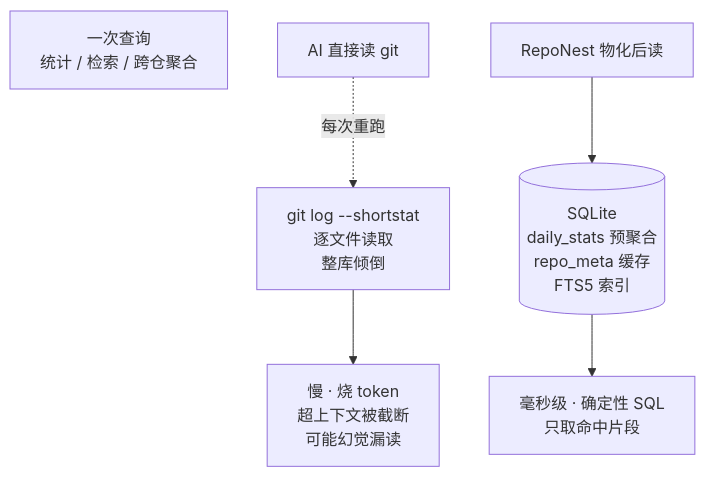
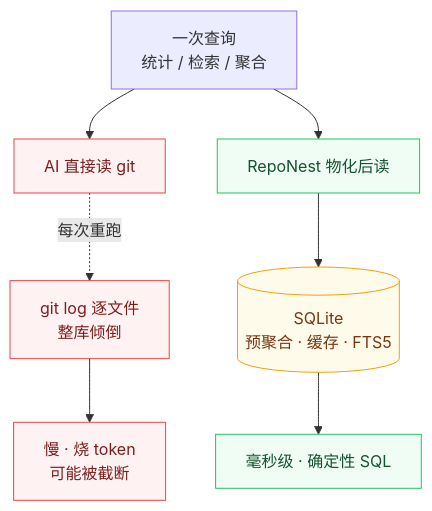
Before and after one commit to sky-jiangcheng/RepoNest: the diagram in docs/storage-optimization.md, drawn with Mermaid. The commit also changed 14 other files, not shown here.

First line of the commit message:
docs(diagrams): 全站 mermaid 图重构 — 告别'宽扁香肠'布局

````diff
--- a/docs/storage-optimization.md
+++ b/docs/storage-optimization.md
@@ -33,8 +33,16 @@
 ```mermaid
 flowchart TB
-    Q["一次查询<br/>统计 / 检索 / 跨仓聚合"]
-    G1["AI 直接读 git"] -. 每次重跑 .-> GL["git log --shortstat<br/>逐文件读取<br/>整库倾倒"]
-    G2["RepoNest 物化后读"] --> MAT[("SQLite<br/>daily_stats 预聚合<br/>repo_meta 缓存<br/>FTS5 索引")]
-    GL --> R1["慢 · 烧 token<br/>超上下文被截断<br/>可能幻觉漏读"]
-    MAT --> R2["毫秒级 · 确定性 SQL<br/>只取命中片段"]
+    Q["一次查询<br/>统计 / 检索 / 聚合"]
+    Q --> G1["AI 直接读 git"]
+    Q --> G2["RepoNest 物化后读"]
+    G1 -.->|"每次重跑"| GL["git log 逐文件<br/>整库倾倒"]
+    GL --> R1["慢 · 烧 token<br/>可能被截断"]
+    G2 --> MAT[("SQLite<br/>预聚合 · 缓存 · FTS5")]
+    MAT --> R2["毫秒级 · 确定性 SQL"]
+    classDef store fill:#fffbeb,stroke:#f59e0b,color:#78350f
+    classDef good fill:#f0fdf4,stroke:#22c55e,color:#14532d
+    classDef bad fill:#fef2f2,stroke:#ef4444,color:#7f1d1d
+    class MAT store
+    class G2,R2 good
+    class G1,GL,R1 bad
 ```
````
